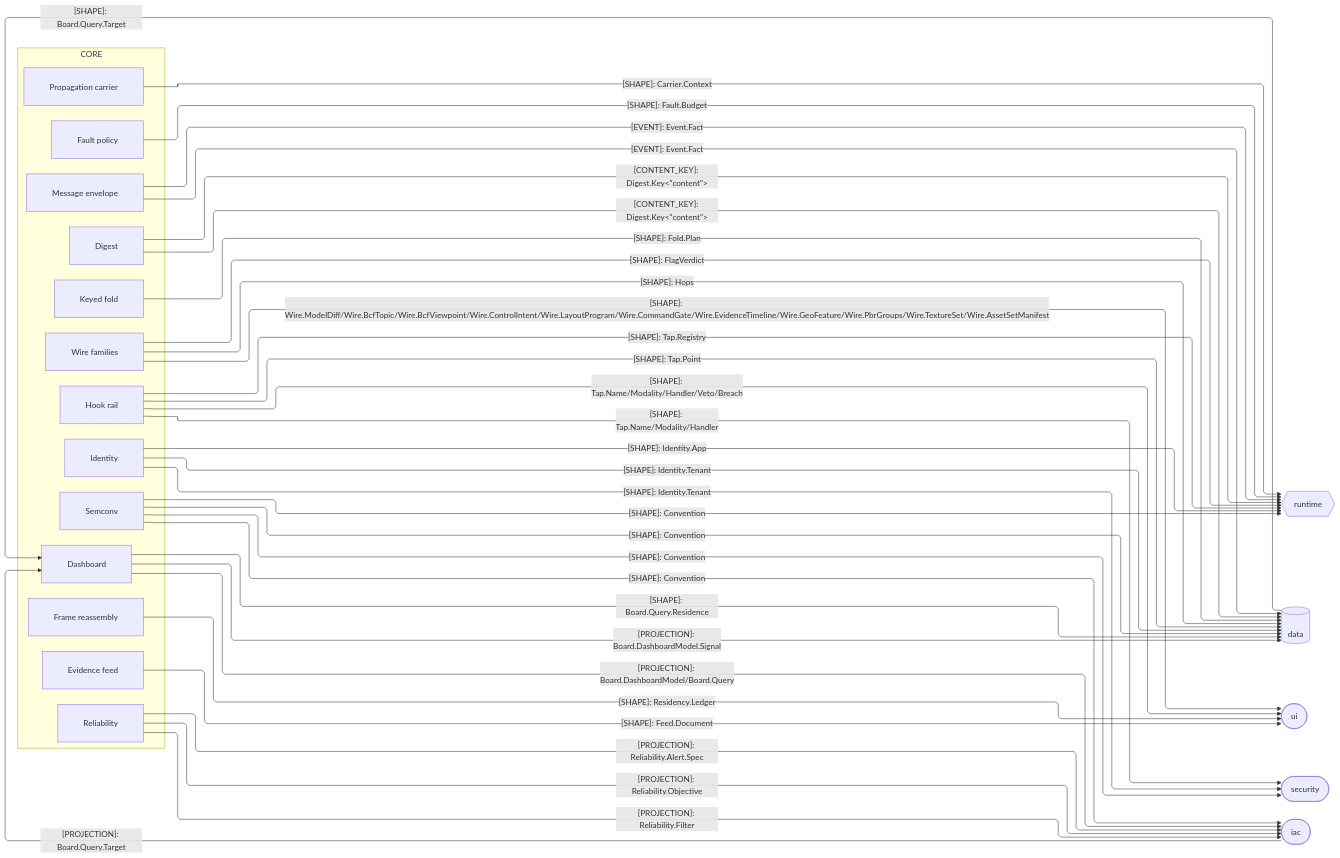
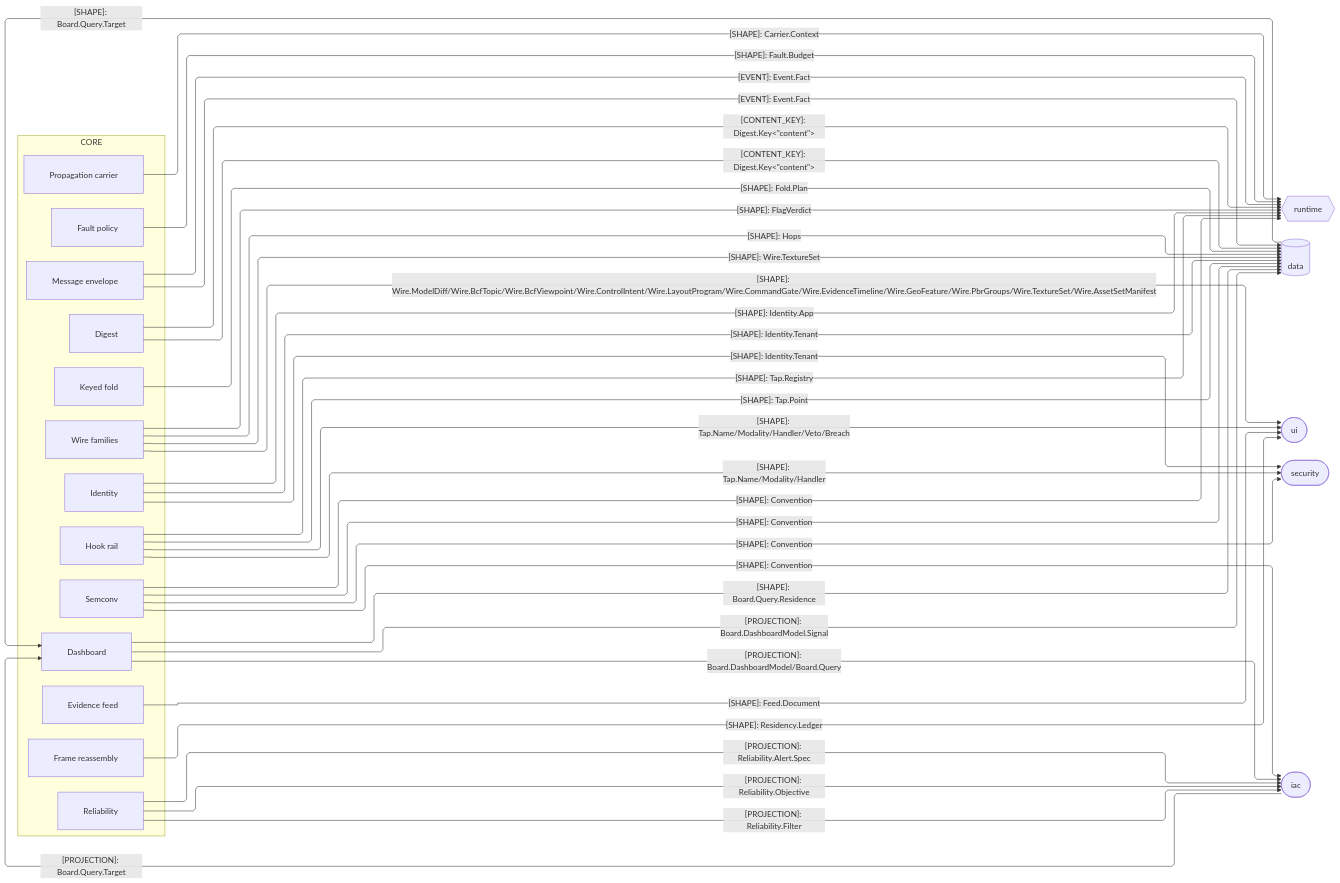
Before and after one commit to bsamiee/Rasm: the third of 4 diagrams in libs/typescript/core/ARCHITECTURE.md, drawn with Mermaid. The commit also changed 277 other files, not shown here.

````diff
--- a/libs/typescript/core/ARCHITECTURE.md
+++ b/libs/typescript/core/ARCHITECTURE.md
@@ -175,63 +175,64 @@
 ```mermaid
 ---
 config:
   layout: elk
   flowchart:
     curve: linear
     padding: 25
 ---
 flowchart LR
     accTitle: Core TypeScript sibling seam registry
     accDescr: Core sends value, state, wire, observe, and carrier shapes; data and IaC return Board.Query targets.
     subgraph core[CORE]
         Digest[Digest]
         Wire[Wire families]
         Frame[Frame reassembly]
         Fold[Keyed fold]
         Feed[Evidence feed]
         Identity[Identity]
         Fault[Fault policy]
         Convention[Semconv]
         Reliability[Reliability]
         Board[Dashboard]
         Tap[Hook rail]
         Carrier[Propagation carrier]
         Event[Message envelope]
     end
     Runtime{{runtime}}
     Data[(data)]
     Ui([ui])
     Security([security])
     Iac([iac])
     Digest e1@-->|"[CONTENT_KEY]: Digest.Key&lt;&quot;content&quot;&gt;"| Data
     Digest e2@-->|"[CONTENT_KEY]: Digest.Key&lt;&quot;content&quot;&gt;"| Runtime
     Wire e3@-->|"[SHAPE]: FlagVerdict"| Runtime
     Fold e4@-->|"[SHAPE]: Fold.Plan"| Data
     Feed e5@-->|"[SHAPE]: Feed.Document"| Ui
     Identity e6@-->|"[SHAPE]: Identity.Tenant"| Security
     Identity e7@-->|"[SHAPE]: Identity.Tenant"| Data
     Identity e8@-->|"[SHAPE]: Identity.App"| Runtime
     Fault e9@-->|"[SHAPE]: Fault.Budget"| Runtime
     Convention e10@-->|"[SHAPE]: Convention"| Runtime
     Convention e12@-->|"[SHAPE]: Convention"| Data
     Convention e13@-->|"[SHAPE]: Convention"| Security
     Convention e22@-->|"[SHAPE]: Convention"| Iac
     Board e11@-->|"[PROJECTION]: Board.DashboardModel/Board.Query"| Iac
     Reliability e14@-->|"[PROJECTION]: Reliability.Alert.Spec"| Iac
     Frame e15@-->|"[SHAPE]: Residency.Ledger"| Ui
     Wire e21@-->|"[SHAPE]: Wire.ModelDiff/Wire.BcfTopic/Wire.BcfViewpoint/Wire.ControlIntent/Wire.LayoutProgram/Wire.CommandGate/Wire.EvidenceTimeline/Wire.GeoFeature/Wire.PbrGroups/Wire.TextureSet/Wire.AssetSetManifest"| Ui
     Reliability e16@-->|"[PROJECTION]: Reliability.Objective"| Iac
     Reliability e29@-->|"[PROJECTION]: Reliability.Filter"| Iac
     Tap e17@-->|"[SHAPE]: Tap.Registry"| Runtime
     Carrier e18@-->|"[SHAPE]: Carrier.Context"| Runtime
     Tap e19@-->|"[SHAPE]: Tap.Point"| Data
     Tap e20@-->|"[SHAPE]: Tap.Name/Modality/Handler/Veto/Breach"| Ui
     Tap e23@-->|"[SHAPE]: Tap.Name/Modality/Handler"| Security
     Board e24@-->|"[SHAPE]: Board.Query.Residence"| Data
     Wire e25@-->|"[SHAPE]: Hops"| Data
+    Wire e32@-->|"[SHAPE]: Wire.TextureSet"| Data
     Data e26@-->|"[SHAPE]: Board.Query.Target"| Board
     Board e27@-->|"[PROJECTION]: Board.DashboardModel.Signal"| Data
     Iac e28@-->|"[PROJECTION]: Board.Query.Target"| Board
     Event e30@-->|"[EVENT]: Event.Fact"| Data
     Event e31@-->|"[EVENT]: Event.Fact"| Runtime
 ```
````
